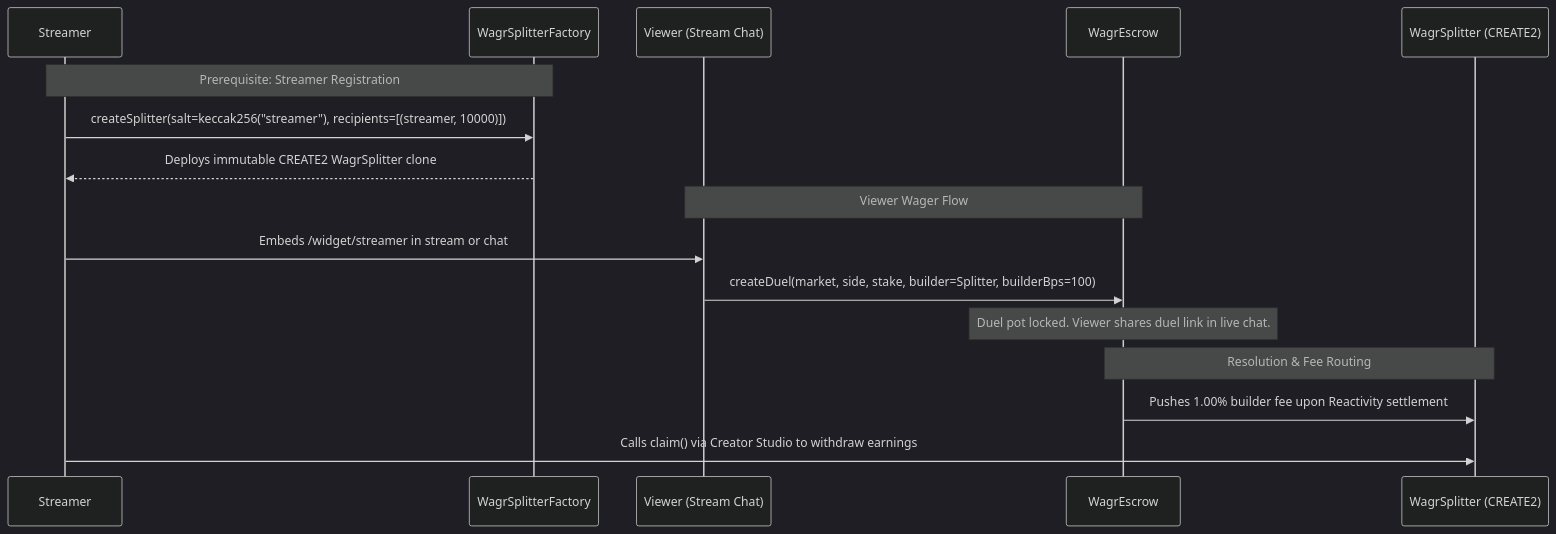
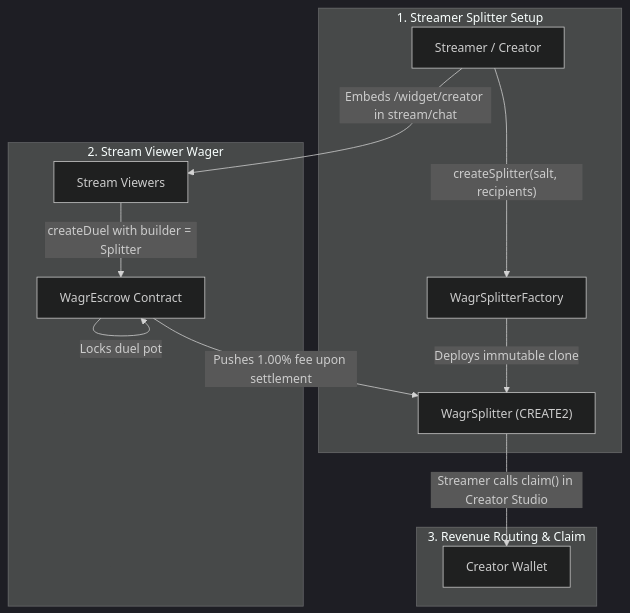
Before and after one commit to psanskaar/Wagr: the second of 2 diagrams in README.md, drawn with Mermaid (dark theme). The commit also changed other lines of this file, not shown here.

````diff
--- a/README.md
+++ b/README.md
@@ -66,21 +63,18 @@
 ```mermaid
-sequenceDiagram
-    participant Streamer
-    participant Factory as WagrSplitterFactory
-    participant Viewer as Viewer (Stream Chat)
-    participant Escrow as WagrEscrow
-    participant Splitter as WagrSplitter (CREATE2)
+flowchart TD
+    subgraph Phase1["1. Streamer Splitter Setup"]
+        Streamer["Streamer / Creator"] -->|"createSplitter(salt, recipients)"| Factory["WagrSplitterFactory"]
+        Factory -->|"Deploys immutable clone"| Splitter["WagrSplitter (CREATE2)"]
+    end
 
-    Note over Streamer,Factory: Prerequisite: Streamer Registration
-    Streamer->>Factory: createSplitter(salt=keccak256("streamer"), recipients=[(streamer, 10000)])
-    Factory-->>Streamer: Deploys immutable CREATE2 WagrSplitter clone
+    subgraph Phase2["2. Stream Viewer Wager"]
+        Streamer -->|"Embeds /widget/creator in stream/chat"| Viewer["Stream Viewers"]
+        Viewer -->|"createDuel with builder = Splitter"| Escrow["WagrEscrow Contract"]
+        Escrow -->|"Locks duel pot"| Escrow
+    end
 
-    Note over Viewer,Escrow: Viewer Wager Flow
-    Streamer->>Viewer: Embeds /widget/streamer in stream or chat
-    Viewer->>Escrow: createDuel(market, side, stake, builder=Splitter, builderBps=100)
-    Note over Escrow: Duel pot locked. Viewer shares duel link in live chat.
-    
-    Note over Escrow,Splitter: Resolution & Fee Routing
-    Escrow->>Splitter: Pushes 1.00% builder fee upon Reactivity settlement
-    Streamer->>Splitter: Calls claim() via Creator Studio to withdraw earnings
+    subgraph Phase3["3. Revenue Routing & Claim"]
+        Escrow -->|"Pushes 1.00% fee upon settlement"| Splitter
+        Splitter -->|"Streamer calls claim() in Creator Studio"| Wallet["Creator Wallet"]
+    end
 ```
````
